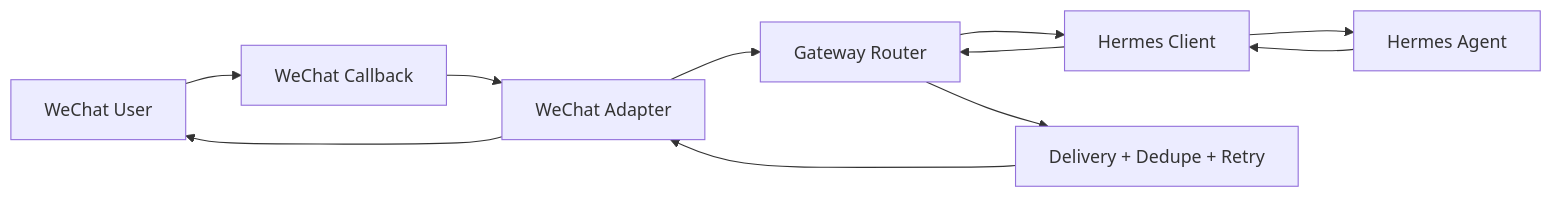
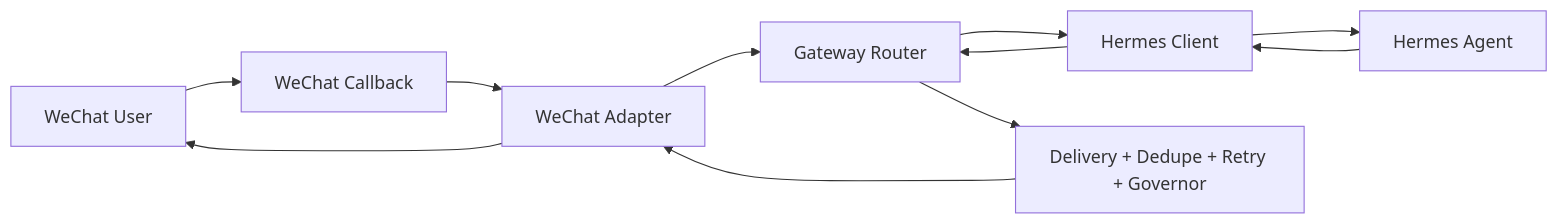
The diagram in README.md (luSkyl/hermes-wechat-bridge), drawn with Mermaid before and after one commit. The commit also changed other lines of this file and 21 other files, not shown here.

Commit message:
feat: add weixin delivery governor

````diff
--- a/README.md
+++ b/README.md
@@ -69,13 +69,13 @@
 ```mermaid
 flowchart LR
   U["WeChat User"] --> W["WeChat Callback"]
   W --> A["WeChat Adapter"]
   A --> R["Gateway Router"]
   R --> H["Hermes Client"]
   H --> HA["Hermes Agent"]
   HA --> H
   H --> R
-  R --> D["Delivery + Dedupe + Retry"]
+  R --> D["Delivery + Dedupe + Retry + Governor"]
   D --> A
   A --> U
 ```
````
